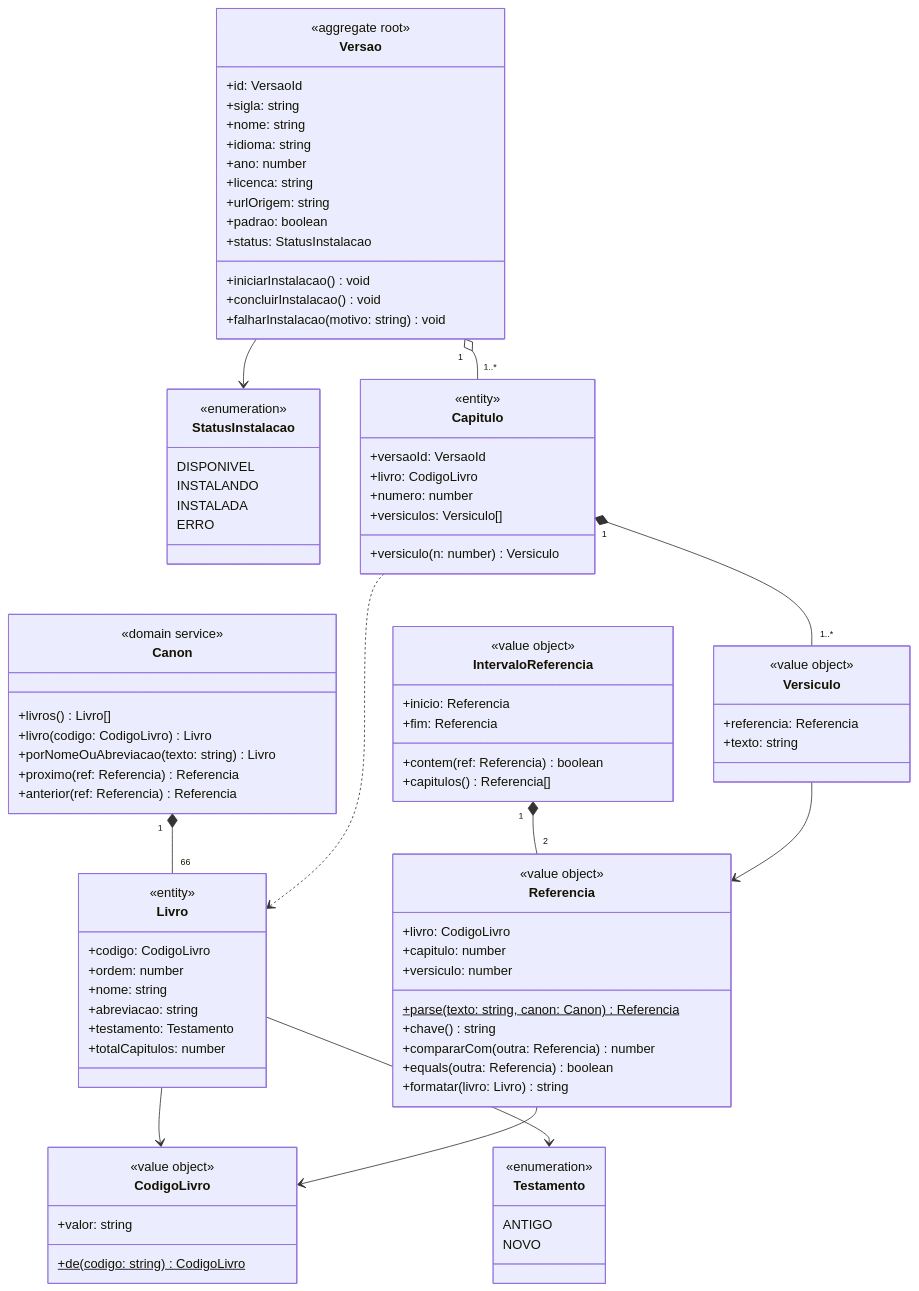
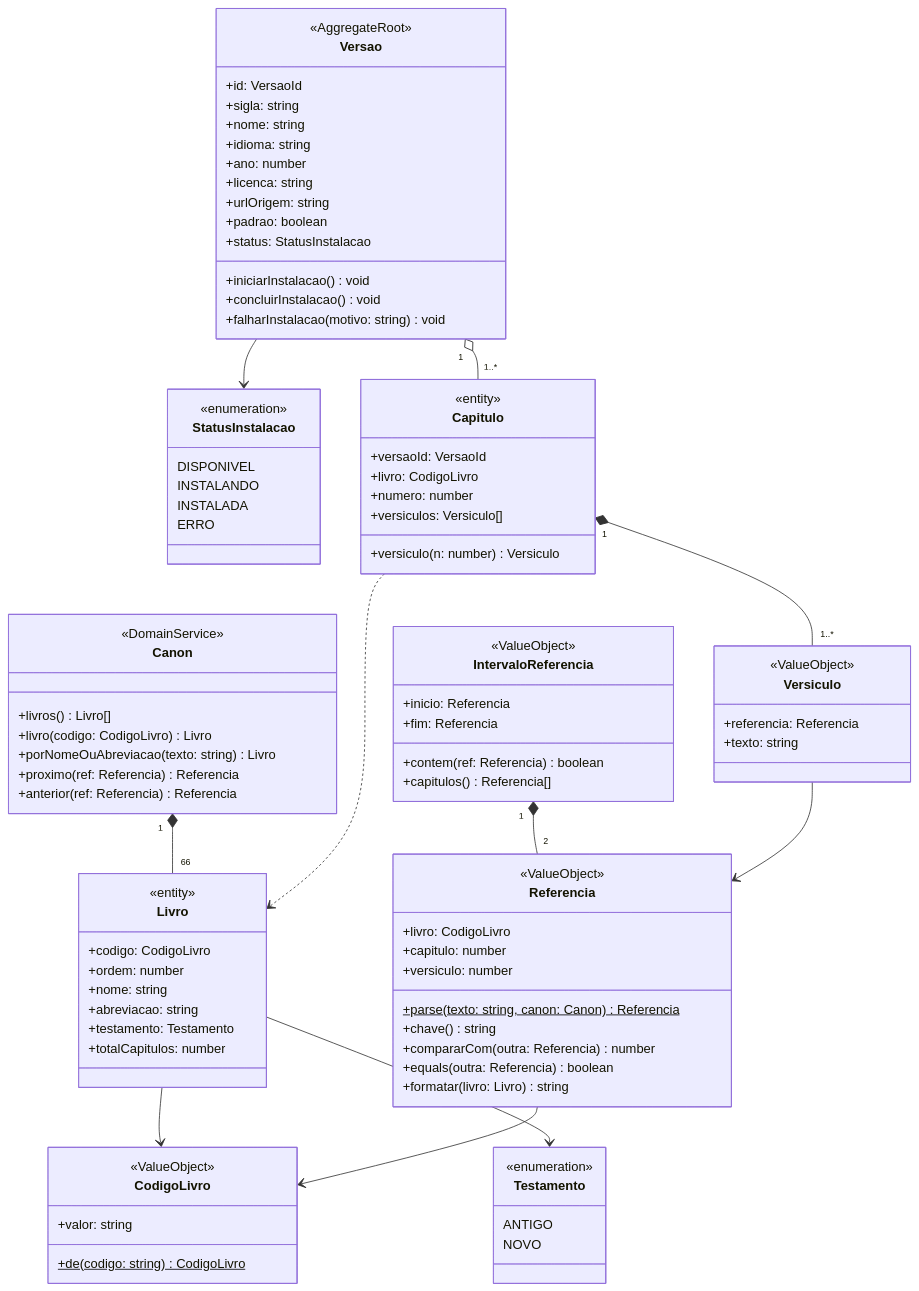
One commit to edioilha/biblia-app changed the second of 6 diagrams in docs/04-modelo-dominio.md. Above: the diagram before and after it, drawn with Mermaid. The commit also changed other lines of this file, not shown here.

First line of the commit message:
fix(docs): corrige estereótipos Mermaid no modelo de domínio

```diff
--- a/docs/04-modelo-dominio.md
+++ b/docs/04-modelo-dominio.md
@@ -81,7 +81,7 @@
     }
 
     class CodigoLivro {
-        <<value object>>
+        <<ValueObject>>
         +valor: string
         +de(codigo: string)$ CodigoLivro
     }
@@ -97,7 +97,7 @@
     }
 
     class Canon {
-        <<domain service>>
+        <<DomainService>>
         +livros() Livro[]
         +livro(codigo: CodigoLivro) Livro
         +porNomeOuAbreviacao(texto: string) Livro
@@ -106,7 +106,7 @@
     }
 
     class Referencia {
-        <<value object>>
+        <<ValueObject>>
         +livro: CodigoLivro
         +capitulo: number
         +versiculo: number
@@ -118,7 +118,7 @@
     }
 
     class IntervaloReferencia {
-        <<value object>>
+        <<ValueObject>>
         +inicio: Referencia
         +fim: Referencia
         +contem(ref: Referencia) boolean
@@ -126,7 +126,7 @@
     }
 
     class Versao {
-        <<aggregate root>>
+        <<AggregateRoot>>
         +id: VersaoId
         +sigla: string
         +nome: string
@@ -151,7 +151,7 @@
     }
 
     class Versiculo {
-        <<value object>>
+        <<ValueObject>>
         +referencia: Referencia
         +texto: string
     }
```
